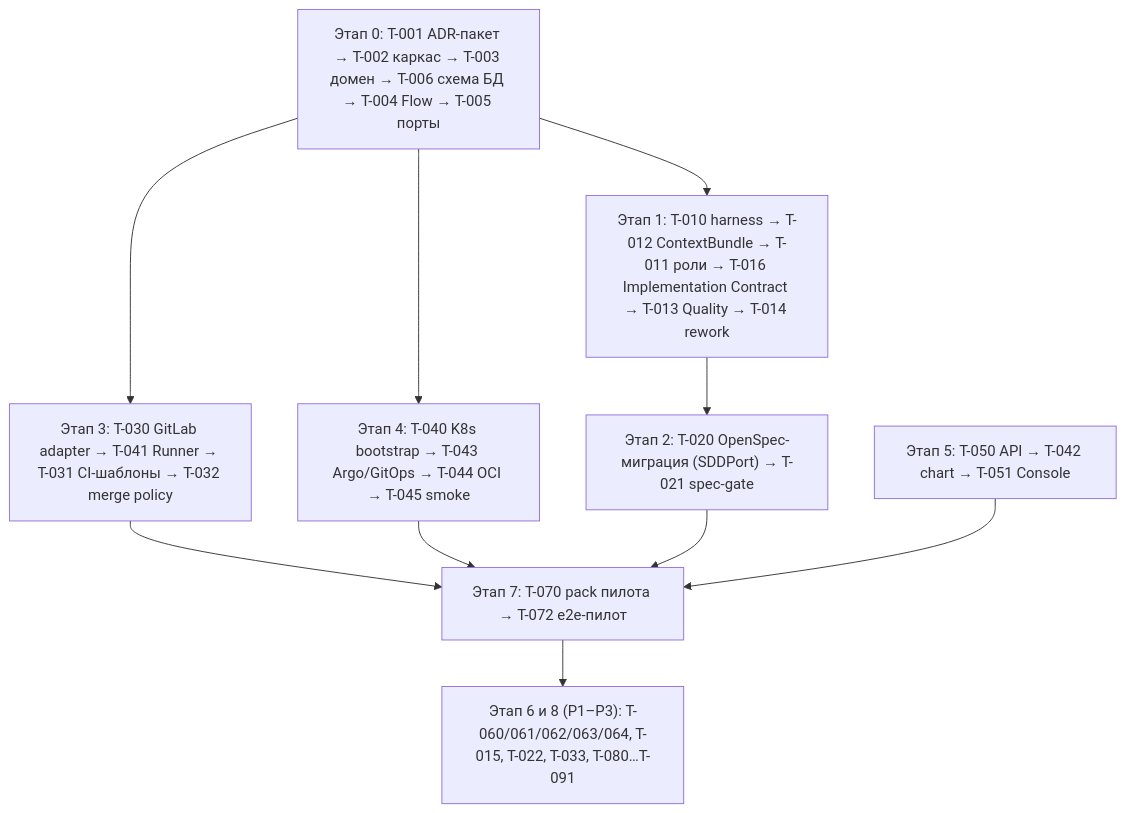
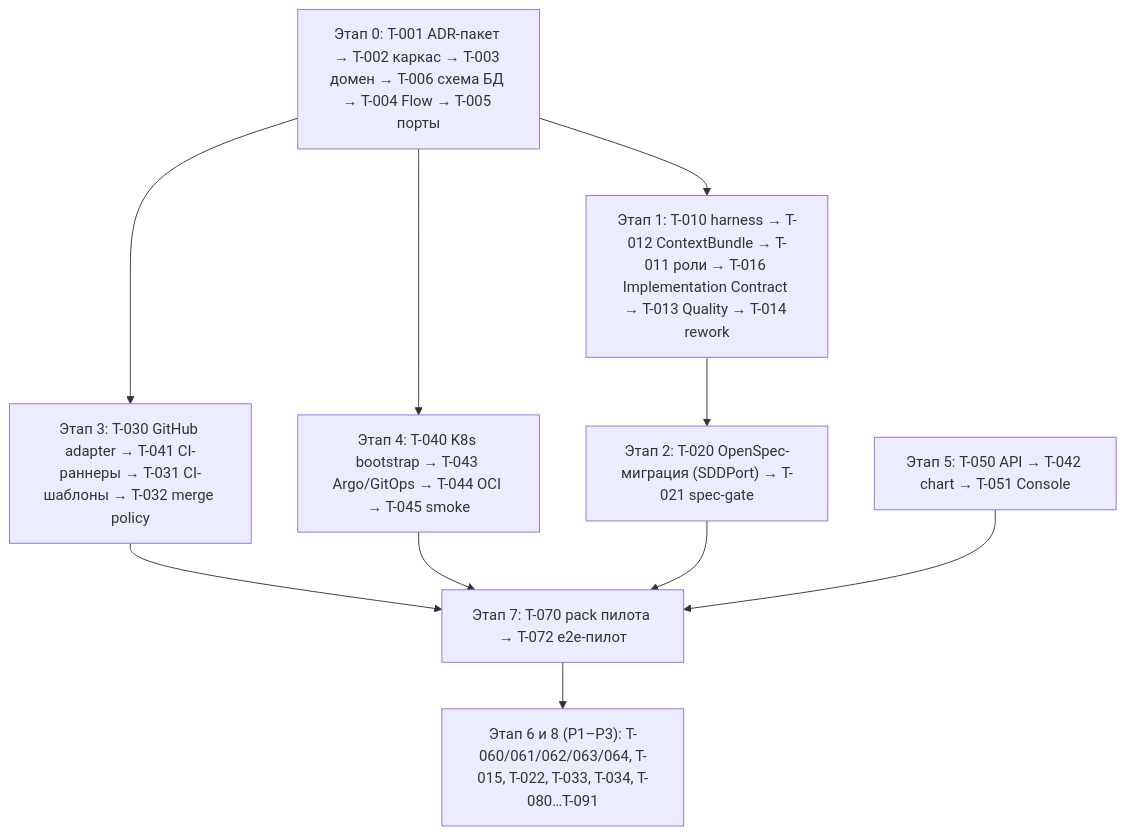
The diagram in docs/plan.md (vadagama/dark-factory-mvp), drawn with Mermaid before and after one commit. The commit also changed other lines of this file and 5 other files, not shown here.

First line of the commit message:
docs: adopt ADR-019 GitHub-first SC/CI and sync plan, vision, ADRs

````diff
--- a/docs/plan.md
+++ b/docs/plan.md
@@ -617,20 +631,20 @@
 ```mermaid
 flowchart TD
     A0["Этап 0: T-001 ADR-пакет → T-002 каркас → T-003 домен → T-006 схема БД → T-004 Flow → T-005 порты"]
     A1["Этап 1: T-010 harness → T-012 ContextBundle → T-011 роли → T-016 Implementation Contract → T-013 Quality → T-014 rework"]
     A2["Этап 2: T-020 OpenSpec-миграция (SDDPort) → T-021 spec-gate"]
-    A3["Этап 3: T-030 GitLab adapter → T-041 Runner → T-031 CI-шаблоны → T-032 merge policy"]
+    A3["Этап 3: T-030 GitHub adapter → T-041 CI-раннеры → T-031 CI-шаблоны → T-032 merge policy"]
     A4["Этап 4: T-040 K8s bootstrap → T-043 Argo/GitOps → T-044 OCI → T-045 smoke"]
     A5["Этап 5: T-050 API → T-042 chart → T-051 Console"]
     A6["Этап 7: T-070 pack пилота → T-072 e2e-пилот"]
-    A7["Этап 6 и 8 (P1–P3): T-060/061/062/063/064, T-015, T-022, T-033, T-080…T-091"]
+    A7["Этап 6 и 8 (P1–P3): T-060/061/062/063/064, T-015, T-022, T-033, T-034, T-080…T-091"]
     A0 --> A1
     A0 --> A3
     A0 --> A4
     A1 --> A2
     A3 --> A6
     A4 --> A6
     A2 --> A6
     A5 --> A6
     A6 --> A7
 ```
````
